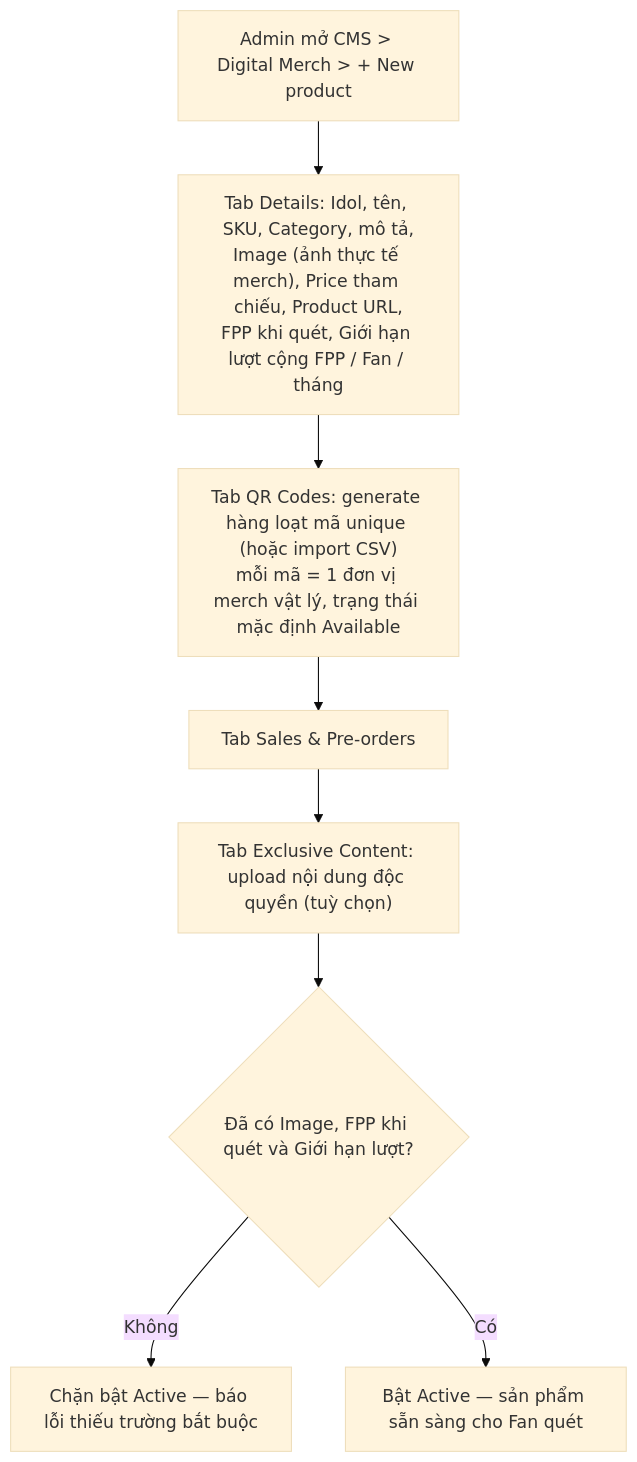
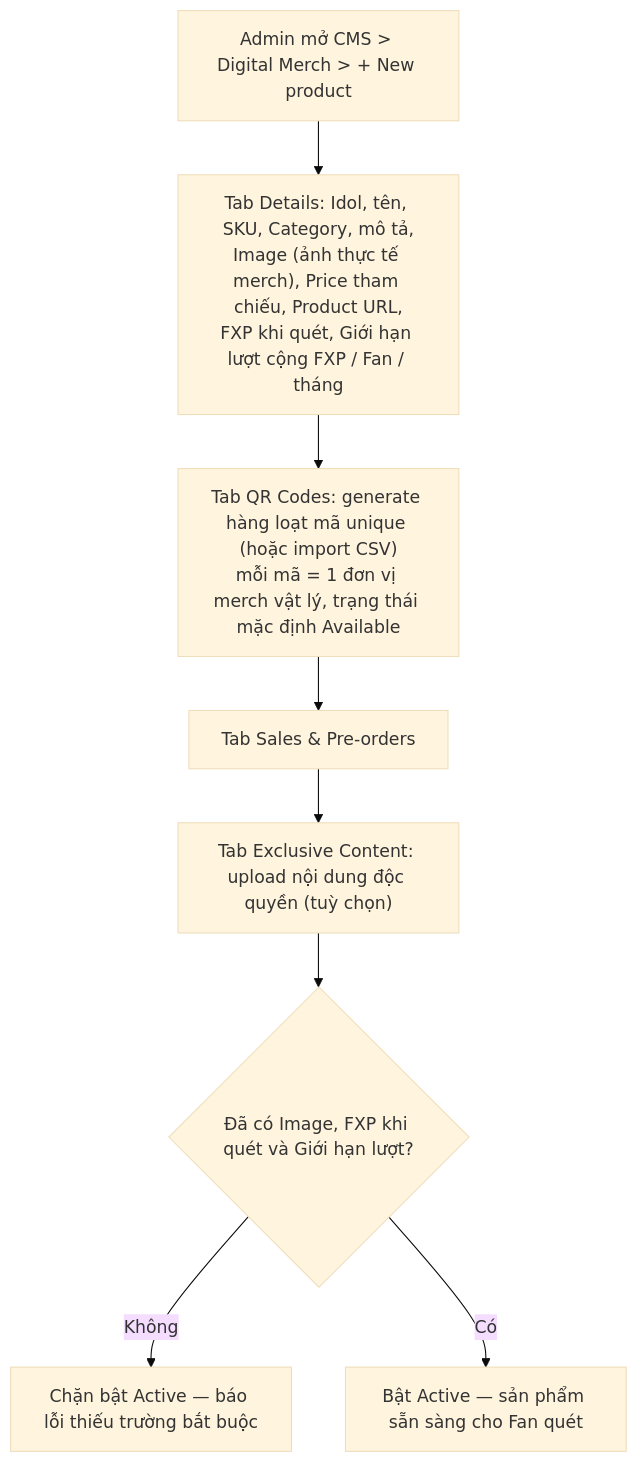
Before and after one commit to chrishieu/fana-analysis: the first of 2 diagrams in FSD_mvp2_Digital_Merch_QR_Gift.md, drawn with Mermaid (base theme). The commit also changed other lines of this file, not shown here.

Commit message:
Rename "Kỷ vật số" to "Ấn phẩm vật lý" in Digital Merch FSD

````diff
--- a/FSD_mvp2_Digital_Merch_QR_Gift.md
+++ b/FSD_mvp2_Digital_Merch_QR_Gift.md
@@ -71,10 +71,10 @@
 ```mermaid
 flowchart TD
-    A["Admin mở CMS > Digital Merch > + New product"] --> B["Tab Details: Idol, tên, SKU, Category, mô tả,<br/>Image (ảnh thực tế merch), Price tham chiếu, Product URL,<br/>FPP khi quét, Giới hạn lượt cộng FPP / Fan / tháng"]
+    A["Admin mở CMS > Digital Merch > + New product"] --> B["Tab Details: Idol, tên, SKU, Category, mô tả,<br/>Image (ảnh thực tế merch), Price tham chiếu, Product URL,<br/>FXP khi quét, Giới hạn lượt cộng FXP / Fan / tháng"]
     B --> C["Tab QR Codes: generate hàng loạt mã unique (hoặc import CSV)<br/>mỗi mã = 1 đơn vị merch vật lý, trạng thái mặc định Available"]
     C --> D["Tab Sales & Pre-orders"]
     D --> E["Tab Exclusive Content: upload nội dung độc quyền (tuỳ chọn)"]
-    E --> F{"Đã có Image, FPP khi quét và Giới hạn lượt?"}
+    E --> F{"Đã có Image, FXP khi quét và Giới hạn lượt?"}
     F -- Không --> G["Chặn bật Active — báo lỗi thiếu trường bắt buộc"]
     F -- Có --> H["Bật Active — sản phẩm sẵn sàng cho Fan quét"]
 ```
````
